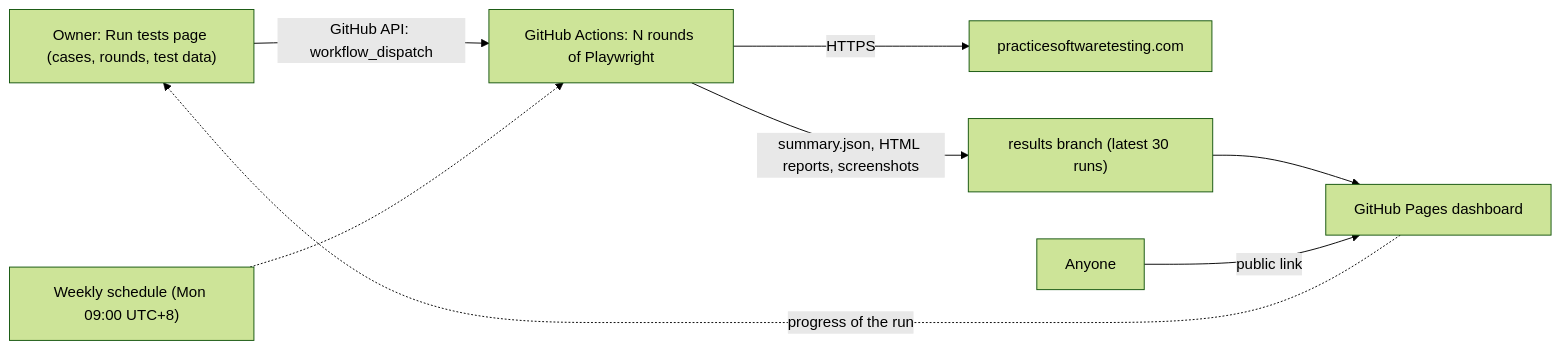
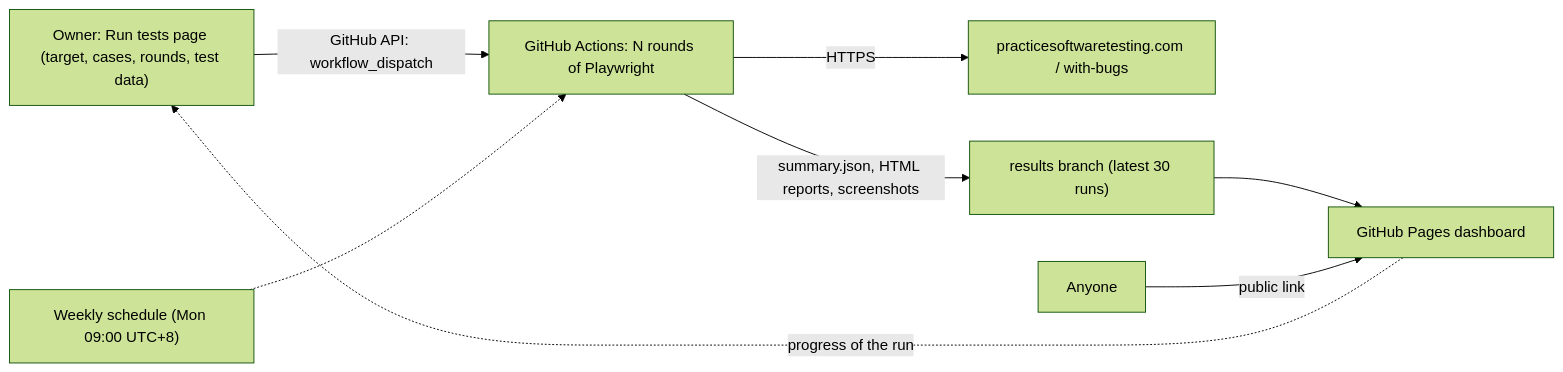
One commit to NTCloudy/playwright-e2e-dashboard changed the diagram in README.md. Above: the diagram before and after it, drawn with Mermaid (forest theme). The commit also changed other lines of this file and 27 other files, not shown here.

Commit message:
Integrate TC17-TC20 into known-bugs, add #/bugs dashboard tests and update READMEs

````diff
--- a/README.md
+++ b/README.md
@@ -65,10 +70,10 @@
 ```mermaid
 flowchart LR
-    O["Owner: Run tests page (cases, rounds, test data)"] -->|"GitHub API: workflow_dispatch"| A["GitHub Actions: N rounds of Playwright"]
+    O["Owner: Run tests page (target, cases, rounds, test data)"] -->|"GitHub API: workflow_dispatch"| A["GitHub Actions: N rounds of Playwright"]
     S["Weekly schedule (Mon 09:00 UTC+8)"] -.-> A
-    A -->|HTTPS| T["practicesoftwaretesting.com"]
+    A -->|HTTPS| T["practicesoftwaretesting.com / with-bugs"]
     A -->|"summary.json, HTML reports, screenshots"| R["results branch (latest 30 runs)"]
     R --> P["GitHub Pages dashboard"]
     P -.->|"progress of the run"| O
     V["Anyone"] -->|public link| P
 ```
````
